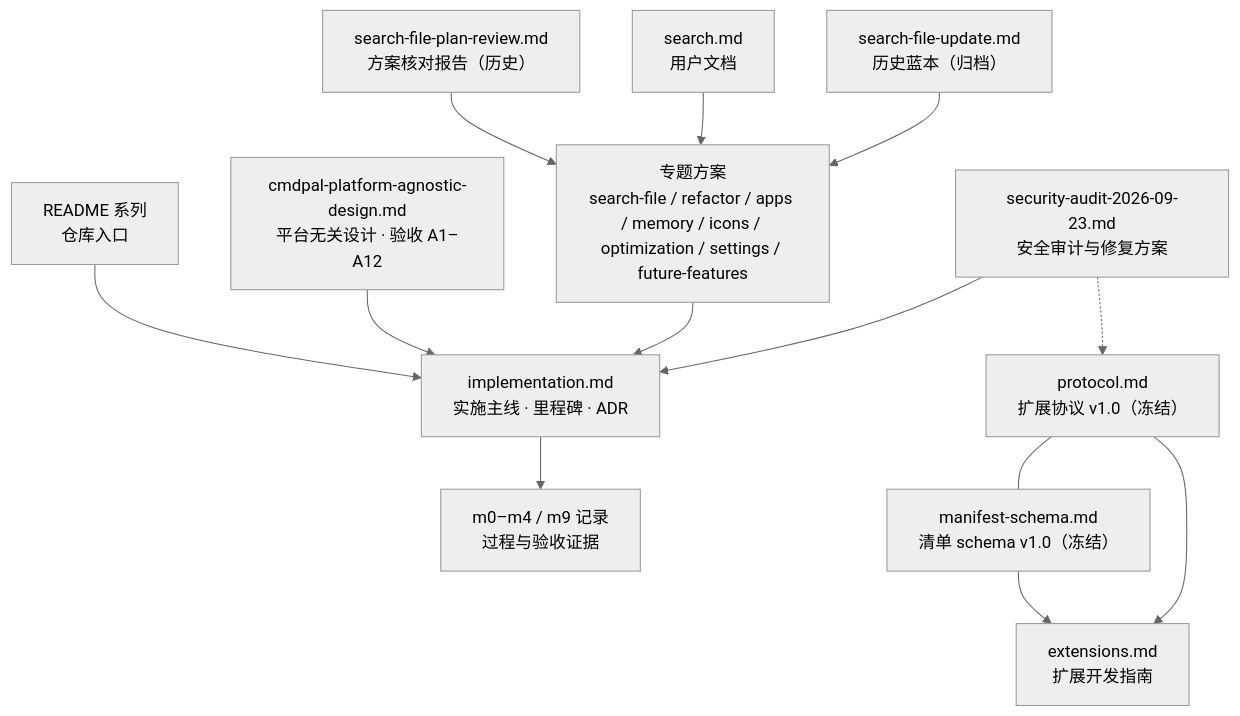
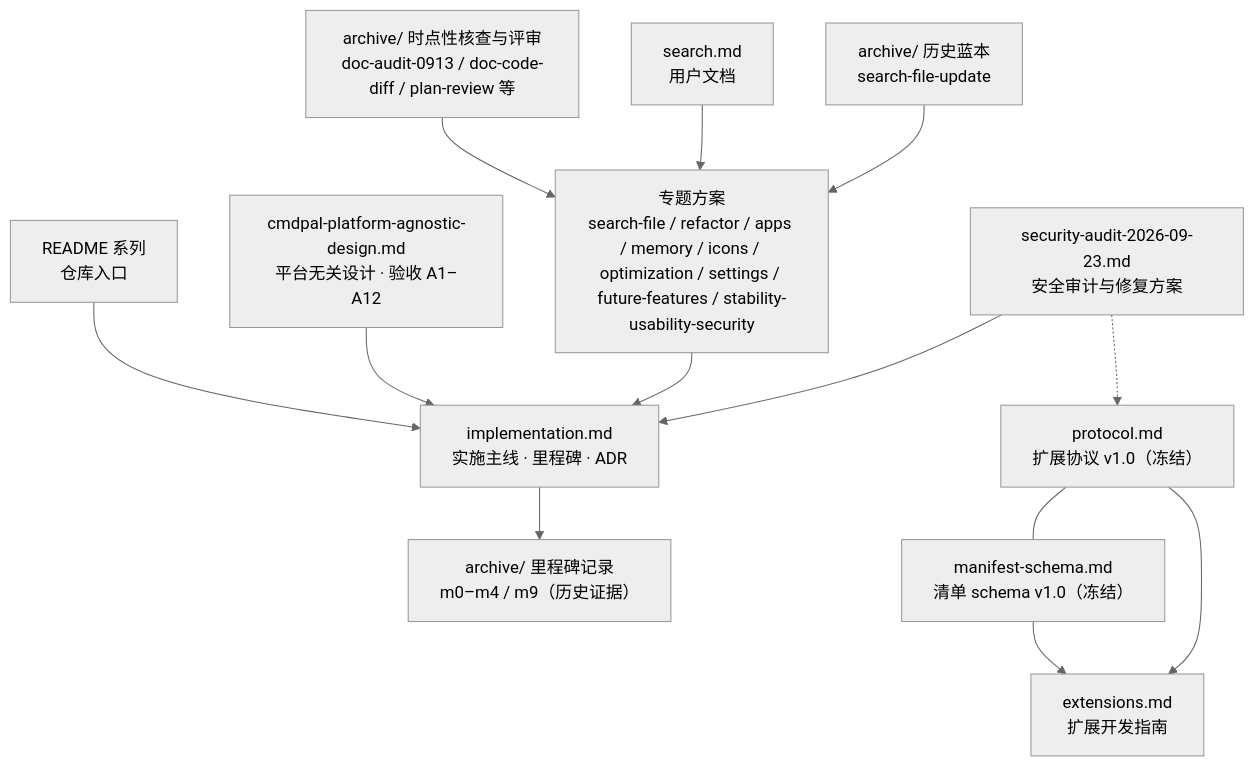
Before and after one commit to Yang-SH/dd-run: the diagram in docs/INDEX.md, drawn with Mermaid (neutral theme). The commit also changed other lines of this file and 29 other files, not shown here.

````diff
--- a/docs/INDEX.md
+++ b/docs/INDEX.md
@@ -24,18 +25,18 @@
 ```mermaid
 flowchart TD
     README["README 系列<br/>仓库入口"] --> IMPL
     IMPL["implementation.md<br/>实施主线 · 里程碑 · ADR"]
     DESIGN["cmdpal-platform-agnostic-design.md<br/>平台无关设计 · 验收 A1–A12"] --> IMPL
-    IMPL --> REC["m0–m4 / m9 记录<br/>过程与验收证据"]
+    IMPL --> REC["archive/ 里程碑记录<br/>m0–m4 / m9（历史证据）"]
 
     PROTO["protocol.md<br/>扩展协议 v1.0（冻结）"] --- MANIFEST["manifest-schema.md<br/>清单 schema v1.0（冻结）"]
     MANIFEST --> EXT["extensions.md<br/>扩展开发指南"]
     PROTO --> EXT
 
-    PLAN["专题方案<br/>search-file / refactor / apps / memory / icons / optimization / settings / future-features"] --> IMPL
-    REVIEW["search-file-plan-review.md<br/>方案核对报告（历史）"] --> PLAN
+    PLAN["专题方案<br/>search-file / refactor / apps / memory / icons / optimization / settings / future-features / stability-usability-security"] --> IMPL
+    REVIEW["archive/ 时点性核查与评审<br/>doc-audit-0913 / doc-code-diff / plan-review 等"] --> PLAN
     AUDIT["security-audit-2026-09-23.md<br/>安全审计与修复方案"] --> IMPL
     AUDIT -.-> PROTO
     USERDOC["search.md<br/>用户文档"] --> PLAN
-    ARCHIVE["search-file-update.md<br/>历史蓝本（归档）"] --> PLAN
+    ARCHIVE["archive/ 历史蓝本<br/>search-file-update"] --> PLAN
 ```
````
